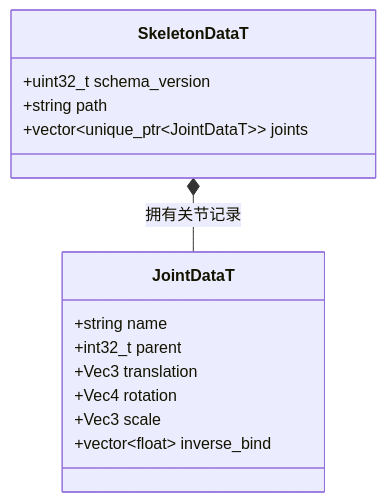
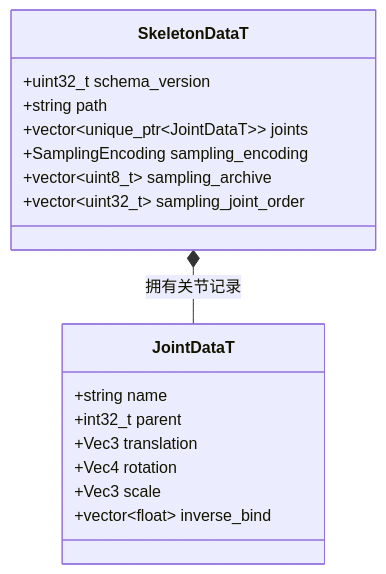
Before and after one commit to lcals/Engine: the fourth of 6 diagrams in docs/runtime/class-diagrams/model-resources.md, drawn with Mermaid. The commit also changed other lines of this file and 119 other files, not shown here.

````diff
--- a/docs/runtime/class-diagrams/model-resources.md
+++ b/docs/runtime/class-diagrams/model-resources.md
@@ -75,17 +77,20 @@
 ```mermaid
 classDiagram
     class SkeletonDataT {
         +uint32_t schema_version
         +string path
         +vector~unique_ptr~JointDataT~~ joints
+        +SamplingEncoding sampling_encoding
+        +vector~uint8_t~ sampling_archive
+        +vector~uint32_t~ sampling_joint_order
     }
     class JointDataT {
         +string name
         +int32_t parent
         +Vec3 translation
         +Vec4 rotation
         +Vec3 scale
         +vector~float~ inverse_bind
     }
     SkeletonDataT *-- JointDataT : 拥有关节记录
 ```
````
